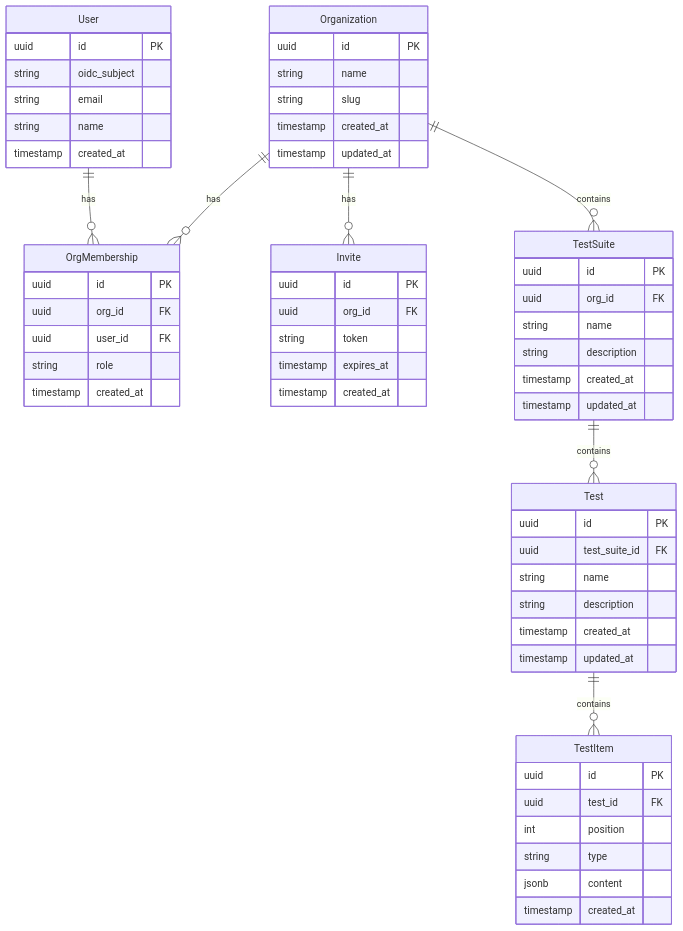
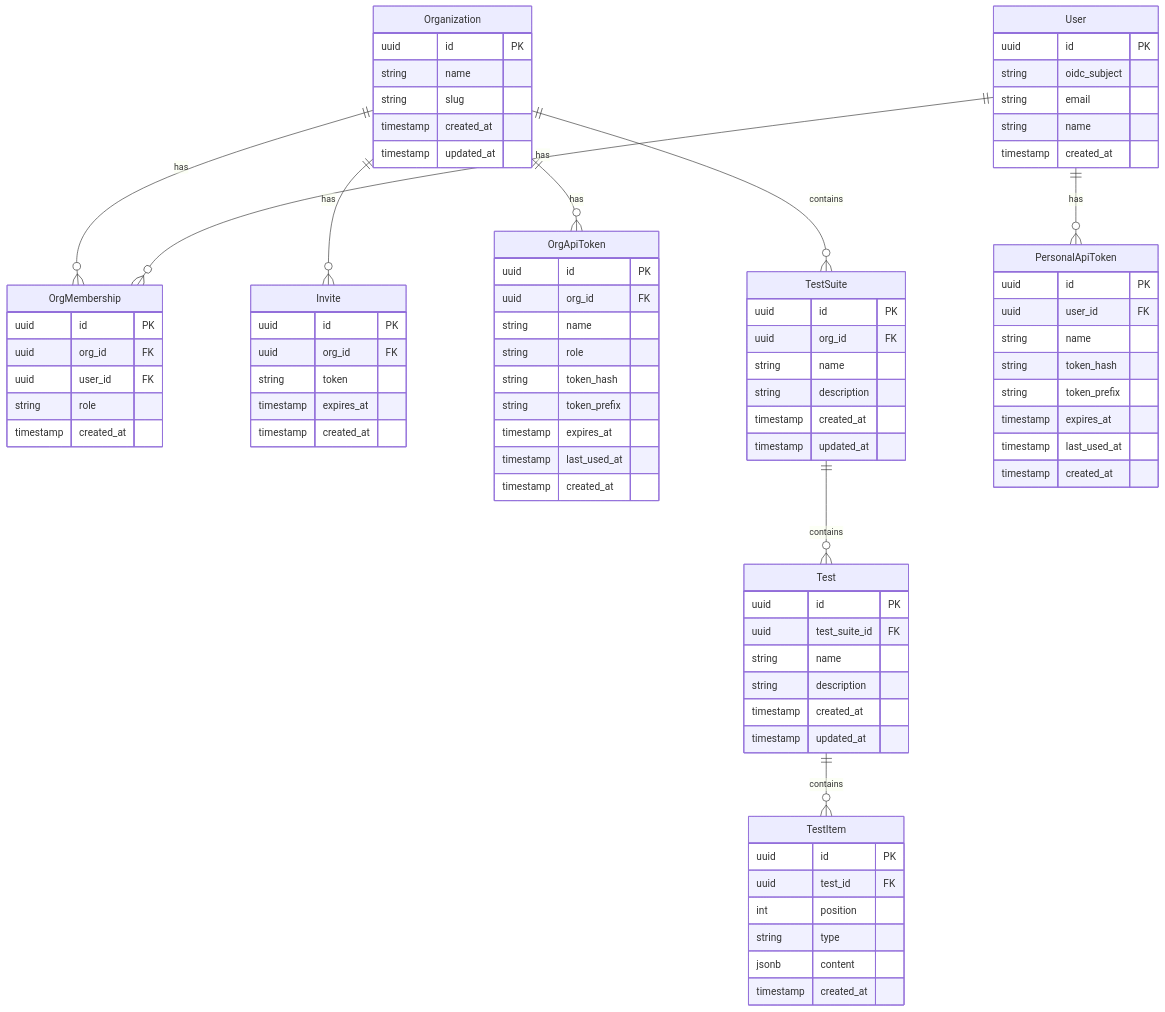
The diagram in docs/data-model.md (agynio/testllm), drawn with Mermaid before and after one commit. The commit also changed other lines of this file and 17 other files, not shown here.

First line of the commit message:
Add API token authentication (personal and org tokens) (#28)

```diff
--- a/docs/data-model.md
+++ b/docs/data-model.md
@@ -6,8 +6,10 @@
 erDiagram
     Organization ||--o{ OrgMembership : has
     Organization ||--o{ Invite : has
+    Organization ||--o{ OrgApiToken : has
     Organization ||--o{ TestSuite : contains
     User ||--o{ OrgMembership : has
+    User ||--o{ PersonalApiToken : has
     TestSuite ||--o{ Test : contains
     Test ||--o{ TestItem : contains
 
@@ -43,6 +45,29 @@
         timestamp created_at
     }
 
+    PersonalApiToken {
+        uuid id PK
+        uuid user_id FK
+        string name
+        string token_hash
+        string token_prefix
+        timestamp expires_at
+        timestamp last_used_at
+        timestamp created_at
+    }
+
+    OrgApiToken {
+        uuid id PK
+        uuid org_id FK
+        string name
+        string role
+        string token_hash
+        string token_prefix
+        timestamp expires_at
+        timestamp last_used_at
+        timestamp created_at
+    }
+
     TestSuite {
         uuid id PK
         uuid org_id FK
```
